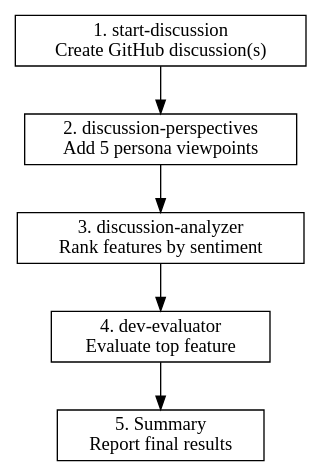
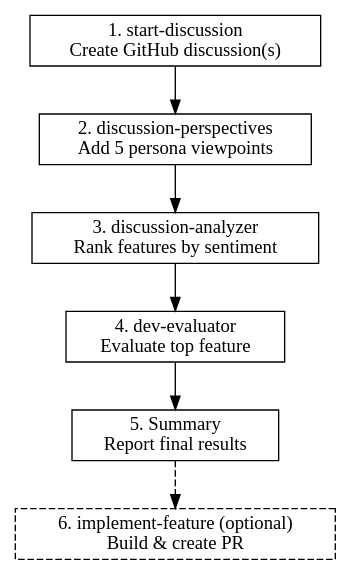
Before and after one commit to elliottregan/space-game-demo: the diagram in .claude/skills/brainstorm-game-feature/full-pipeline/SKILL.md, drawn with Graphviz. The commit also changed other lines of this file and 3 other files, not shown here.

````diff
--- a/.claude/skills/brainstorm-game-feature/full-pipeline/SKILL.md
+++ b/.claude/skills/brainstorm-game-feature/full-pipeline/SKILL.md
@@ -22,17 +22,19 @@
 ```dot
 digraph pipeline {
   rankdir=TB;
   node [shape=box];
 
   "1. start-discussion" [label="1. start-discussion\nCreate GitHub discussion(s)"];
   "2. discussion-perspectives" [label="2. discussion-perspectives\nAdd 5 persona viewpoints"];
   "3. discussion-analyzer" [label="3. discussion-analyzer\nRank features by sentiment"];
   "4. dev-evaluator" [label="4. dev-evaluator\nEvaluate top feature"];
   "Summary" [label="5. Summary\nReport final results"];
+  "6. implement-feature" [label="6. implement-feature (optional)\nBuild & create PR", style=dashed];
 
   "1. start-discussion" -> "2. discussion-perspectives";
   "2. discussion-perspectives" -> "3. discussion-analyzer";
   "3. discussion-analyzer" -> "4. dev-evaluator";
   "4. dev-evaluator" -> "Summary";
+  "Summary" -> "6. implement-feature" [style=dashed];
 }
 ```
````
